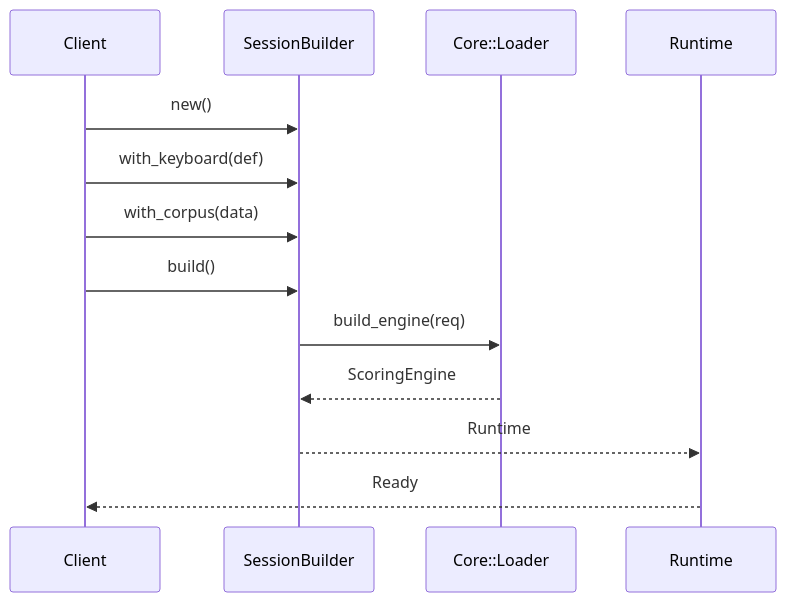
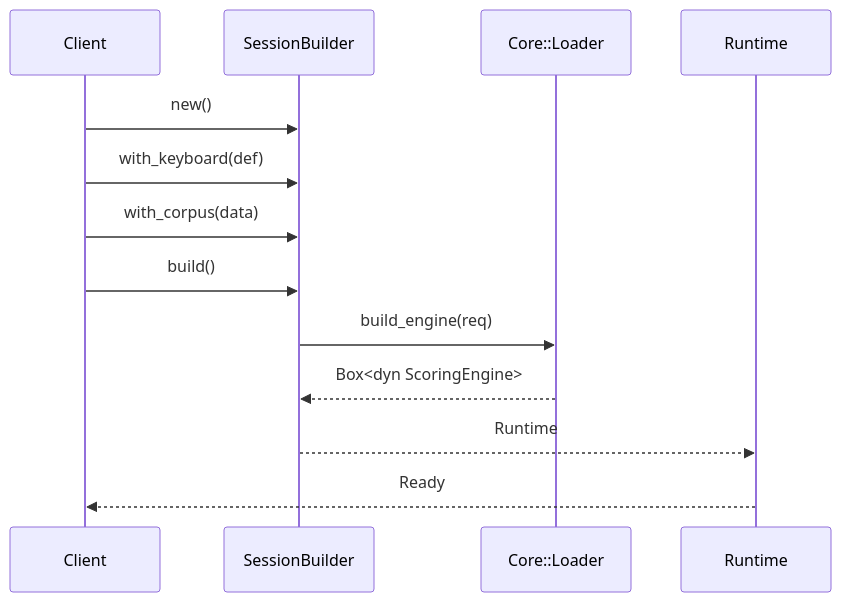
One commit to infodungeon/keyforge changed the second of 2 diagrams in docs/design/keyforge-compute/README.md. Above: the diagram before and after it, drawn with Mermaid. The commit also changed other lines of this file and 100 other files, not shown here.

````diff
--- a/docs/design/keyforge-compute/README.md
+++ b/docs/design/keyforge-compute/README.md
@@ -31,18 +33,18 @@
 ```mermaid
 sequenceDiagram
     participant Client
     participant Builder as SessionBuilder
     participant Core as Core::Loader
     participant Runtime
 
     Client->>Builder: new()
     Client->>Builder: with_keyboard(def)
     Client->>Builder: with_corpus(data)
     
     Client->>Builder: build()
     Builder->>Core: build_engine(req)
-    Core-->>Builder: ScoringEngine
+    Core-->>Builder: Box<dyn ScoringEngine>
     
     Builder-->>Runtime: Runtime
     Runtime-->>Client: Ready
 ```
````
